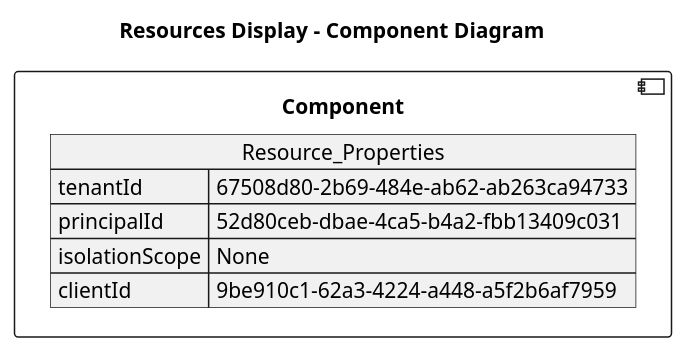
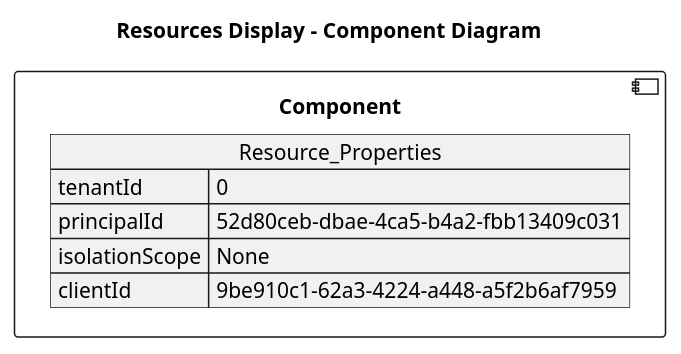
Before and after one commit to DanielAmpong/Test-Azure-architecture-diagram: the diagram in architectureDesign/PUML/maksym-finops-private_Resources/finopshub6xisw66qnemiw_blobManager.puml, drawn with PlantUML. The commit also changed 321 other files, not shown here.

```diff
--- a/architectureDesign/PUML/maksym-finops-private_Resources/finopshub6xisw66qnemiw_blobManager.puml
+++ b/architectureDesign/PUML/maksym-finops-private_Resources/finopshub6xisw66qnemiw_blobManager.puml
@@ -1,14 +1,14 @@
 @startuml
 
 title Resources Display - Component Diagram
 
 component Component {
 
 json  Resource_Properties {
-  "tenantId": "67508d80-2b69-484e-ab62-ab263ca94733",
+  "tenantId": "0",
   "principalId": "52d80ceb-dbae-4ca5-b4a2-fbb13409c031",
   "isolationScope": "None",
   "clientId": "9be910c1-62a3-4224-a448-a5f2b6af7959"
 }
 }
 @enduml
```
